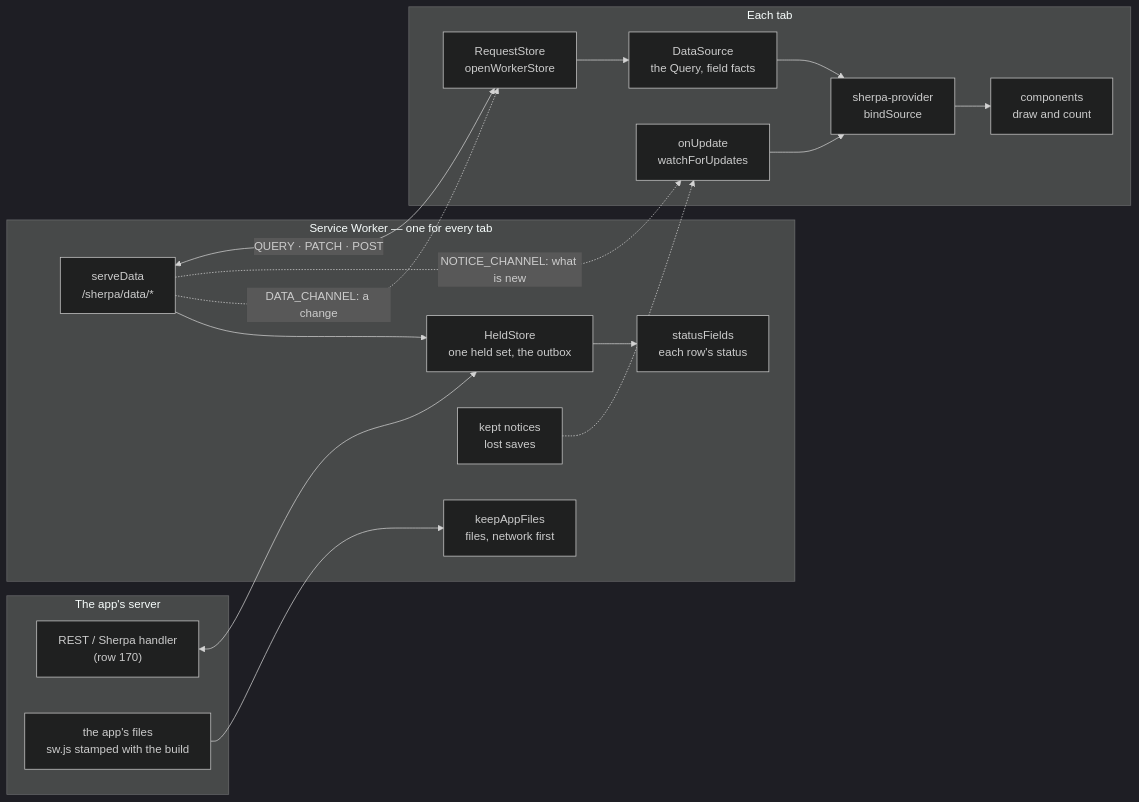
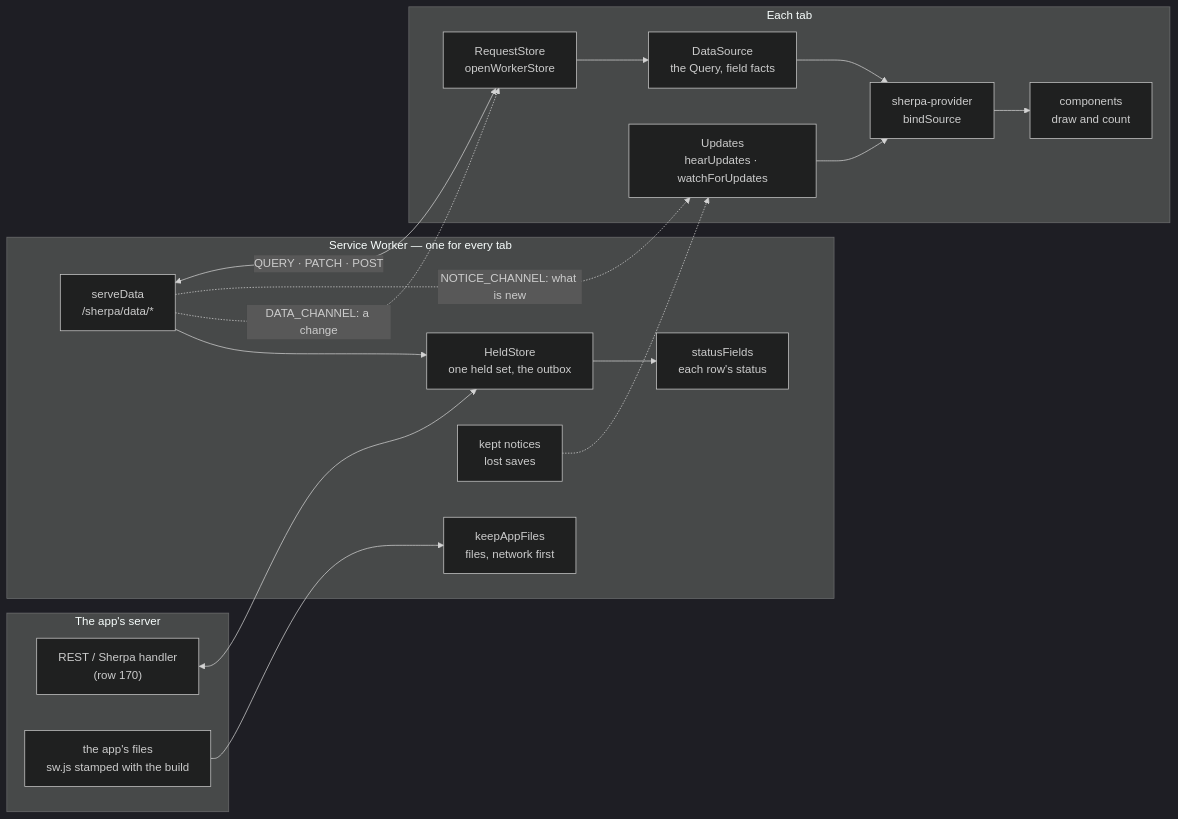
Before and after one commit to Mincher/sherpa-ui: the first of 3 diagrams in docs/ARCHITECTURE.md, drawn with Mermaid (dark theme). The commit also changed other lines of this file and 14 other files, not shown here.

````diff
--- a/docs/ARCHITECTURE.md
+++ b/docs/ARCHITECTURE.md
@@ -27,31 +27,31 @@
 ```mermaid
 flowchart LR
   subgraph server["The app's server"]
     api["REST / Sherpa handler<br/>(row 170)"]
     files["the app's files<br/>sw.js stamped with the build"]
   end
   subgraph worker["Service Worker — one for every tab"]
     appfiles["keepAppFiles<br/>files, network first"]
     serve["serveData<br/>/sherpa/data/*"]
     held["HeldStore<br/>one held set, the outbox"]
     status["statusFields<br/>each row's status"]
     kept["kept notices<br/>lost saves"]
   end
   subgraph tab["Each tab"]
     rs["RequestStore<br/>openWorkerStore"]
     ds["DataSource<br/>the Query, field facts"]
     prov["sherpa-provider<br/>bindSource"]
     comps["components<br/>draw and count"]
-    upd["onUpdate<br/>watchForUpdates"]
+    upd["Updates<br/>hearUpdates · watchForUpdates"]
   end
   files --> appfiles
   api <--> held
   held --> status
   serve --> held
   rs <-->|"QUERY · PATCH · POST"| serve
   rs --> ds --> prov --> comps
   serve -.->|"DATA_CHANNEL: a change"| rs
   serve -.->|"NOTICE_CHANNEL: what is new"| upd
   upd --> prov
   kept -.-> upd
 ```
````
